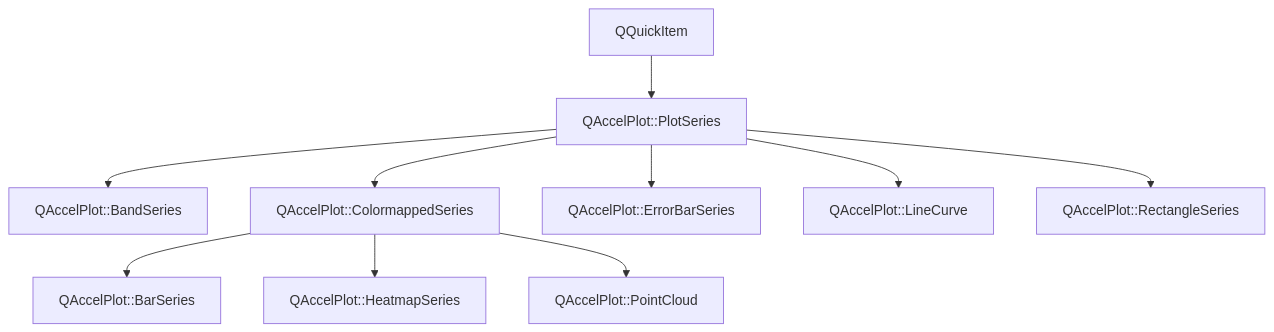
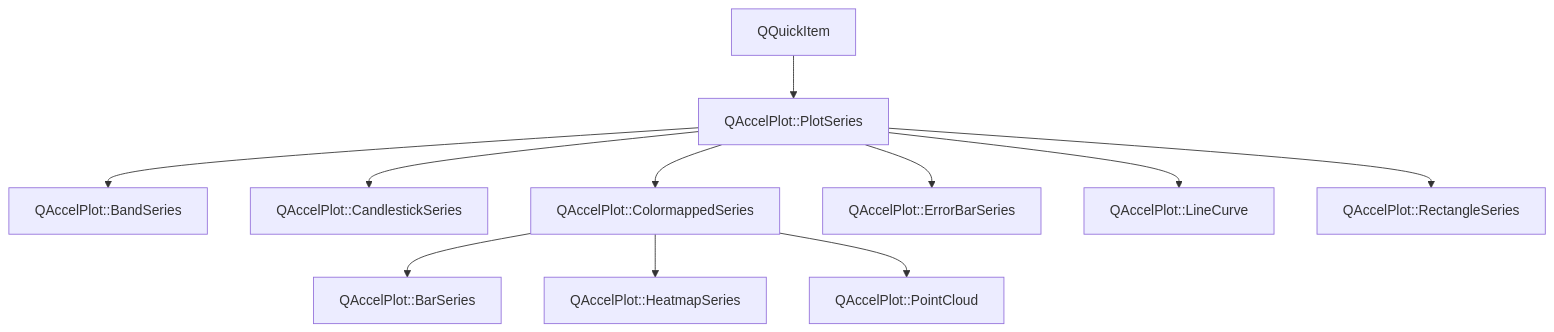
The diagram in main/assets/.doxy/QAccelPlot/api/classQAccelPlot_1_1PlotSeries.md (michalgrabarczyk/QAccelPlot), drawn with Mermaid before and after one commit. The commit also changed other lines of this file and 757 other files, not shown here.

````diff
--- a/main/assets/.doxy/QAccelPlot/api/classQAccelPlot_1_1PlotSeries.md
+++ b/main/assets/.doxy/QAccelPlot/api/classQAccelPlot_1_1PlotSeries.md
@@ -32,40 +32,44 @@
 ```mermaid
 flowchart TB
   classQAccelPlot_1_1PlotSeries["QAccelPlot::PlotSeries"]
 
   external_base_classQAccelPlot_1_1PlotSeries_1["QQuickItem"]
   external_base_classQAccelPlot_1_1PlotSeries_1 --> classQAccelPlot_1_1PlotSeries
 
   classQAccelPlot_1_1BandSeries["QAccelPlot::BandSeries"]
   classQAccelPlot_1_1PlotSeries --> classQAccelPlot_1_1BandSeries
   click classQAccelPlot_1_1BandSeries "../classQAccelPlot_1_1BandSeries/" "Open QAccelPlot::BandSeries"
+
+  classQAccelPlot_1_1CandlestickSeries["QAccelPlot::CandlestickSeries"]
+  classQAccelPlot_1_1PlotSeries --> classQAccelPlot_1_1CandlestickSeries
+  click classQAccelPlot_1_1CandlestickSeries "../classQAccelPlot_1_1CandlestickSeries/" "Open QAccelPlot::CandlestickSeries"
 
   classQAccelPlot_1_1ColormappedSeries["QAccelPlot::ColormappedSeries"]
   classQAccelPlot_1_1PlotSeries --> classQAccelPlot_1_1ColormappedSeries
   click classQAccelPlot_1_1ColormappedSeries "../classQAccelPlot_1_1ColormappedSeries/" "Open QAccelPlot::ColormappedSeries"
 
   classQAccelPlot_1_1BarSeries["QAccelPlot::BarSeries"]
   classQAccelPlot_1_1ColormappedSeries --> classQAccelPlot_1_1BarSeries
   click classQAccelPlot_1_1BarSeries "../classQAccelPlot_1_1BarSeries/" "Open QAccelPlot::BarSeries"
 
   classQAccelPlot_1_1HeatmapSeries["QAccelPlot::HeatmapSeries"]
   classQAccelPlot_1_1ColormappedSeries --> classQAccelPlot_1_1HeatmapSeries
   click classQAccelPlot_1_1HeatmapSeries "../classQAccelPlot_1_1HeatmapSeries/" "Open QAccelPlot::HeatmapSeries"
 
   classQAccelPlot_1_1PointCloud["QAccelPlot::PointCloud"]
   classQAccelPlot_1_1ColormappedSeries --> classQAccelPlot_1_1PointCloud
   click classQAccelPlot_1_1PointCloud "../classQAccelPlot_1_1PointCloud/" "Open QAccelPlot::PointCloud"
 
   classQAccelPlot_1_1ErrorBarSeries["QAccelPlot::ErrorBarSeries"]
   classQAccelPlot_1_1PlotSeries --> classQAccelPlot_1_1ErrorBarSeries
   click classQAccelPlot_1_1ErrorBarSeries "../classQAccelPlot_1_1ErrorBarSeries/" "Open QAccelPlot::ErrorBarSeries"
 
   classQAccelPlot_1_1LineCurve["QAccelPlot::LineCurve"]
   classQAccelPlot_1_1PlotSeries --> classQAccelPlot_1_1LineCurve
   click classQAccelPlot_1_1LineCurve "../classQAccelPlot_1_1LineCurve/" "Open QAccelPlot::LineCurve"
 
   classQAccelPlot_1_1RectangleSeries["QAccelPlot::RectangleSeries"]
   classQAccelPlot_1_1PlotSeries --> classQAccelPlot_1_1RectangleSeries
   click classQAccelPlot_1_1RectangleSeries "../classQAccelPlot_1_1RectangleSeries/" "Open QAccelPlot::RectangleSeries"
 
 ```
````
